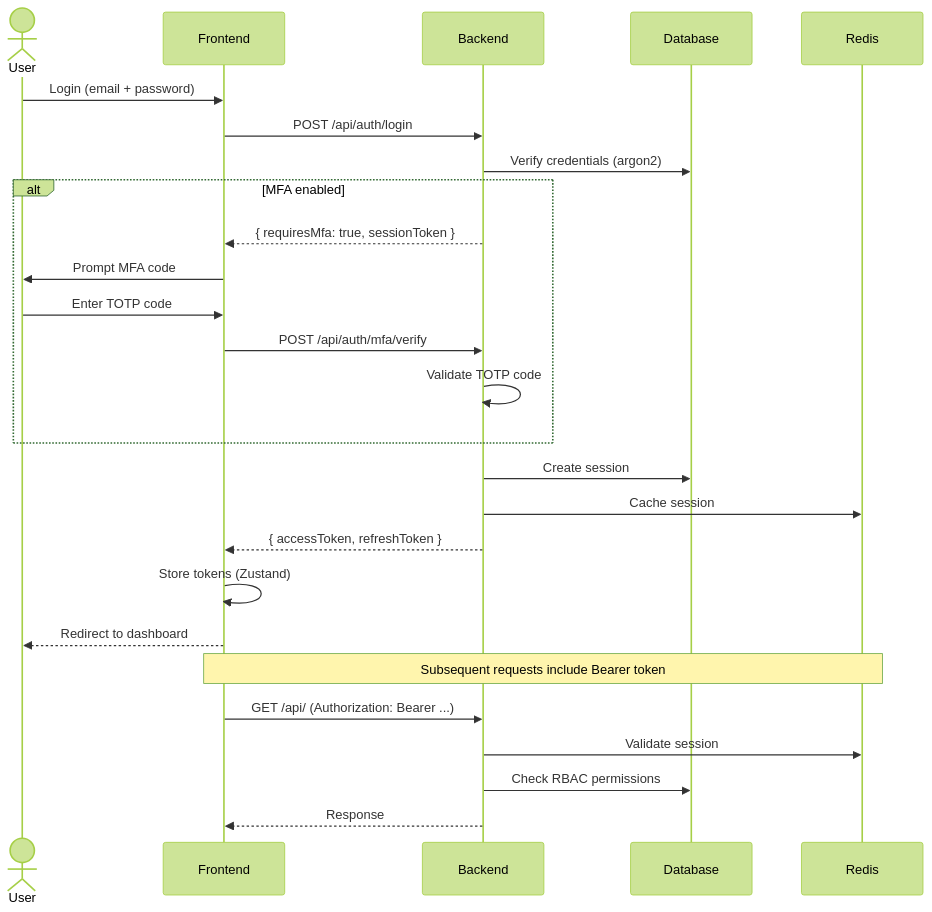
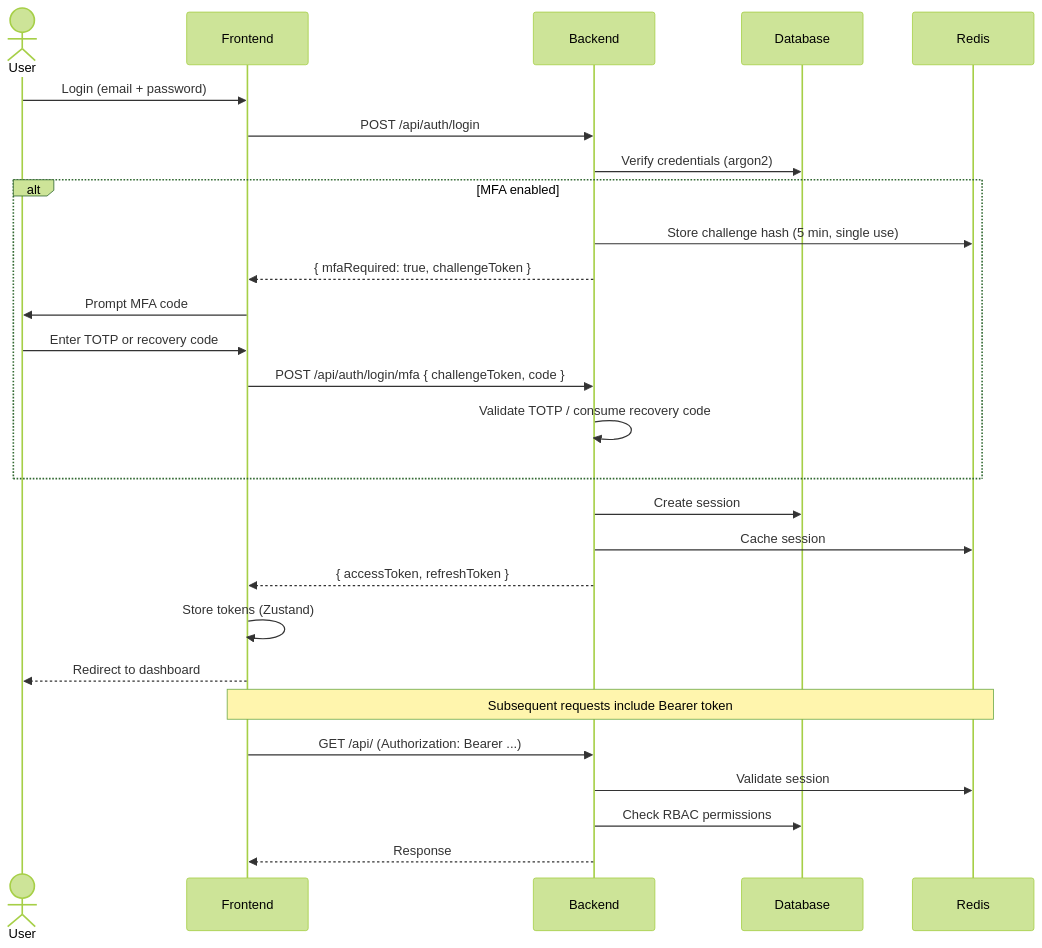
The second of 3 diagrams in docs/ARCHITECTURE.md (barbaraoliveira2308/rh), drawn with Mermaid (forest theme) before and after one commit. The commit also changed other lines of this file and 33 other files, not shown here.

````diff
--- a/docs/ARCHITECTURE.md
+++ b/docs/ARCHITECTURE.md
@@ -70,29 +66,30 @@
 ```mermaid
 sequenceDiagram
     actor User
     participant Frontend
     participant Backend
     participant Database
     participant Redis
 
     User->>Frontend: Login (email + password)
     Frontend->>Backend: POST /api/auth/login
     Backend->>Database: Verify credentials (argon2)
     alt MFA enabled
-        Backend-->>Frontend: { requiresMfa: true, sessionToken }
+        Backend->>Redis: Store challenge hash (5 min, single use)
+        Backend-->>Frontend: { mfaRequired: true, challengeToken }
         Frontend->>User: Prompt MFA code
-        User->>Frontend: Enter TOTP code
-        Frontend->>Backend: POST /api/auth/mfa/verify
-        Backend->>Backend: Validate TOTP code
+        User->>Frontend: Enter TOTP or recovery code
+        Frontend->>Backend: POST /api/auth/login/mfa { challengeToken, code }
+        Backend->>Backend: Validate TOTP / consume recovery code
     end
     Backend->>Database: Create session
     Backend->>Redis: Cache session
     Backend-->>Frontend: { accessToken, refreshToken }
     Frontend->>Frontend: Store tokens (Zustand)
     Frontend-->>User: Redirect to dashboard
     Note over Frontend,Redis: Subsequent requests include Bearer token
     Frontend->>Backend: GET /api/ (Authorization: Bearer ...)
     Backend->>Redis: Validate session
     Backend->>Database: Check RBAC permissions
     Backend-->>Frontend: Response
 ```
````
